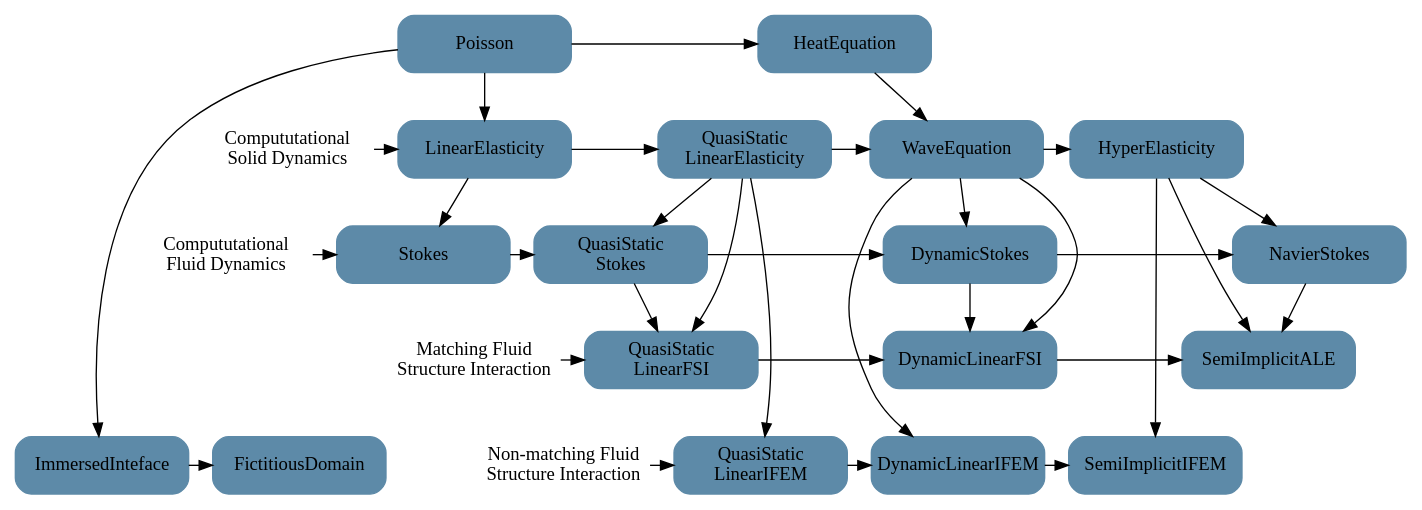
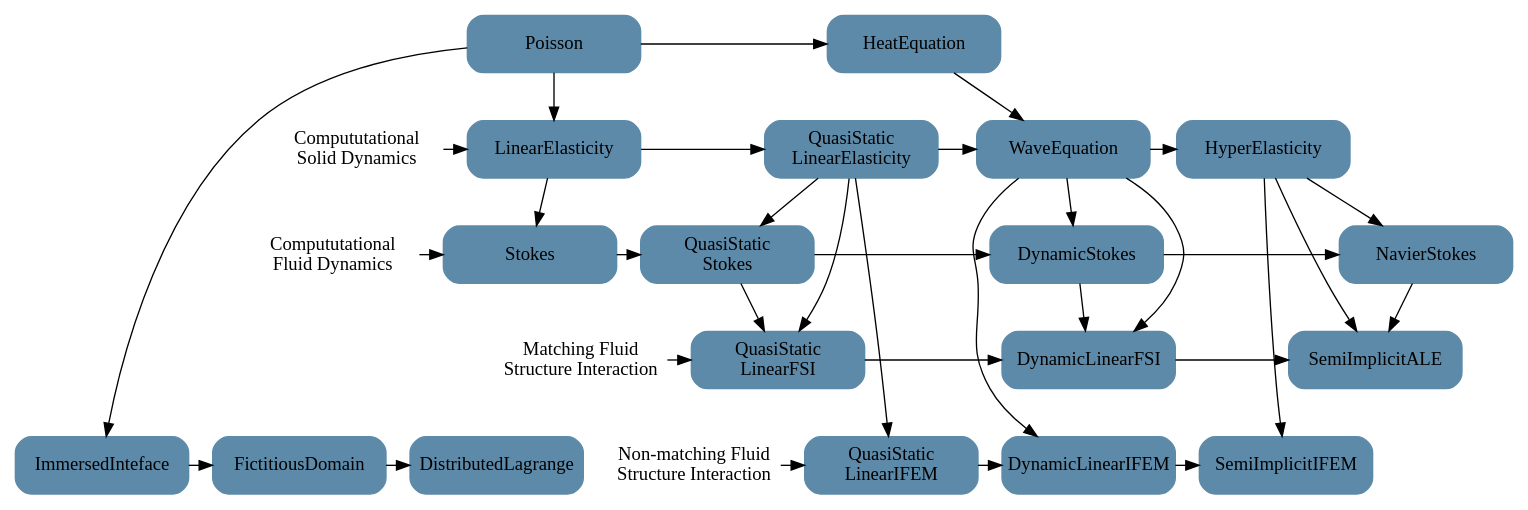
The diagram in doc/dot_files/serial.dot (luca-heltai/fsi-suite), drawn with Graphviz before and after one commit.

Commit message:
Added DistributedLagrange to dot file.

```diff
--- a/doc/dot_files/serial.dot
+++ b/doc/dot_files/serial.dot
@@ -1,110 +1,111 @@
 digraph FSISuite {
     // newrank=true;
     // bgcolor="transparent";
     // ratio="compress";
     // size="6,12";
 
     // edge [color="#FBEC5D", arrowsize=".8", penwidth="2"];
     node [color="#5D8AA8", fillcolor="#5D8AA8", shape=box,
         fixedsize=true, width="1.8", height=".6", style="filled,rounded"];
     
     {
         rank=min;
         Poisson [URL="\ref PDEs::Serial::Poisson"]; // First node.
         HeatEquation;
     }
 
     // Labels on the left
     { 
         rank = same;
         csd [label="Compututational\nSolid Dynamics", shape="none", style="", URL="\ref csd"];
         LinearElasticity [URL="\ref PDEs::Serial::LinearElasticity"];
         QuasiStaticLinearElasticity [label="QuasiStatic\nLinearElasticity"];
         WaveEquation;
         HyperElasticity;
     }
 
     {
         rank = same;
         cfd [label="Compututational\nFluid Dynamics", shape="none", style="", URL="\ref cfd"];
         Stokes [URL="\ref PDEs::Serial::Stokes"];
         QuasiStaticStokes [label="QuasiStatic\nStokes"];
         DynamicStokes;
         NavierStokes;
     }
 
     {
         rank = same;
         fsi [label="Matching Fluid\nStructure Interaction", shape="none", style=""];
         QuasiStaticLinearFSI [label="QuasiStatic\nLinearFSI"];
         DynamicLinearFSI;
         SemiImplicitALE;
     }
 
      {
         rank = max;
         nmfsi [label="Non-matching Fluid\nStructure Interaction", shape="none", style=""];
         QuasiStaticLinearIFEM [label="QuasiStatic\nLinearIFEM"];
         DynamicLinearIFEM;
         SemiImplicitIFEM;
         ImmersedInteface;
         FictitiousDomain;
+        DistributedLagrange [URL="\ref PDEs::Serial::DistributedLagrange"];
     }
 
     subgraph legends {
         csd;
         cfd;
         fsi;
     }
 
     // Vertical grouping
     subgraph cluster_0 {
         label="Static linear PDEs";
         Poisson -> LinearElasticity -> Stokes;
     }
 
     subgraph cluster_1 {
         label="Quasi-static linear PDEs";
         // QuasiStaticPoisson -> 
         QuasiStaticLinearElasticity ->
         QuasiStaticStokes -> QuasiStaticLinearFSI;
         QuasiStaticLinearFSI -> QuasiStaticLinearIFEM [style="invis"];
     }
 
     subgraph cluster_2 {
        label="Dynamic linear PDEs";
        HeatEquation -> WaveEquation -> 
        DynamicStokes -> DynamicLinearFSI;
        DynamicLinearFSI -> DynamicLinearIFEM [style="invis"];
     }
 
     subgraph cluster_3 {
        label="Dynamic non-linear PDEs";
        HyperElasticity -> NavierStokes -> SemiImplicitALE;
        SemiImplicitALE -> SemiImplicitIFEM [style="invis"];
     }
 
     // Horizontal grouping
     Poisson -> HeatEquation
     // QuasiStaticPoisson -> HeatEquation;
 
     // Solids
     csd -> LinearElasticity -> QuasiStaticLinearElasticity ->  WaveEquation -> HyperElasticity;
 
     // Fluids
     cfd -> Stokes -> QuasiStaticStokes -> DynamicStokes -> NavierStokes;
 
     // FSI
     fsi -> QuasiStaticLinearFSI  -> DynamicLinearFSI -> SemiImplicitALE;
     nmfsi -> QuasiStaticLinearIFEM  -> DynamicLinearIFEM -> SemiImplicitIFEM;
 
     QuasiStaticLinearElasticity -> {QuasiStaticLinearFSI, QuasiStaticLinearIFEM};
 
     WaveEquation -> {DynamicLinearFSI, DynamicLinearIFEM};
 
     HyperElasticity -> {SemiImplicitALE, SemiImplicitIFEM};
 
-    Poisson -> ImmersedInteface  -> FictitiousDomain;
+    Poisson -> ImmersedInteface  -> FictitiousDomain -> DistributedLagrange;
     // {NavierStokes, LinearElasticity} -> FictitiousDomain;
     // Poisson -> FictitiousDomain;
 }
```
